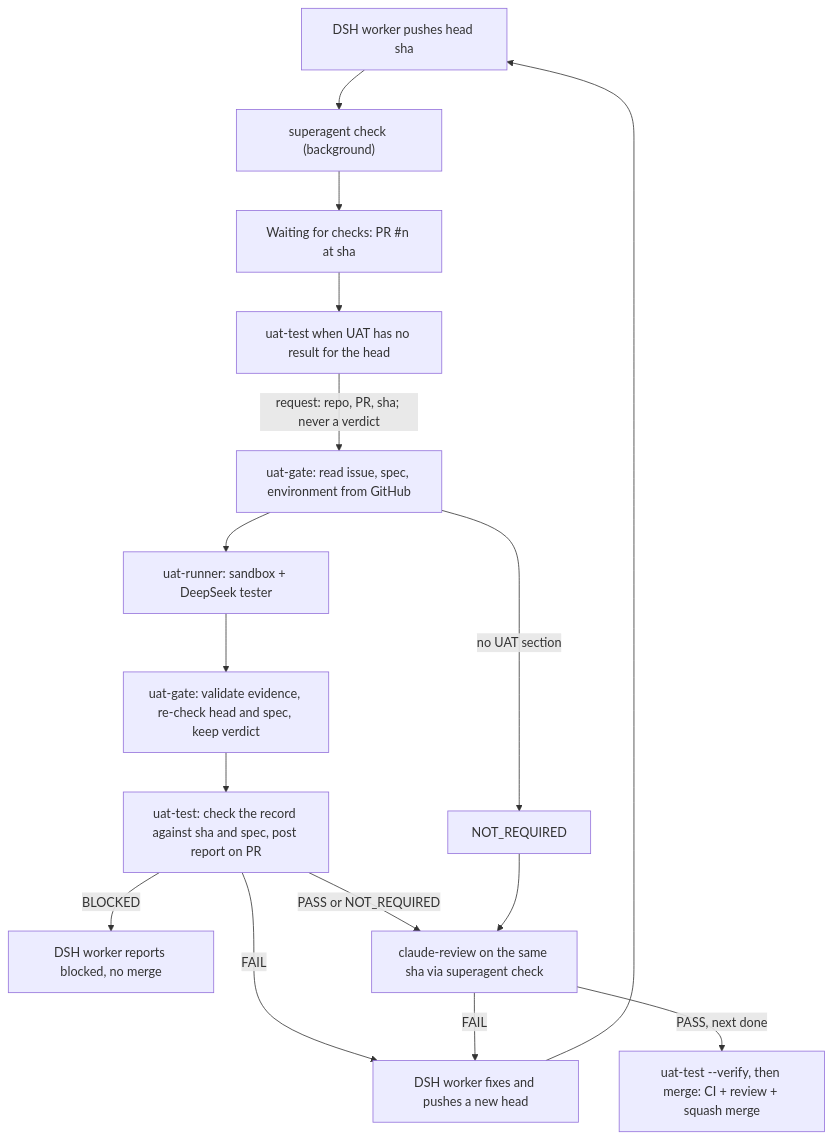
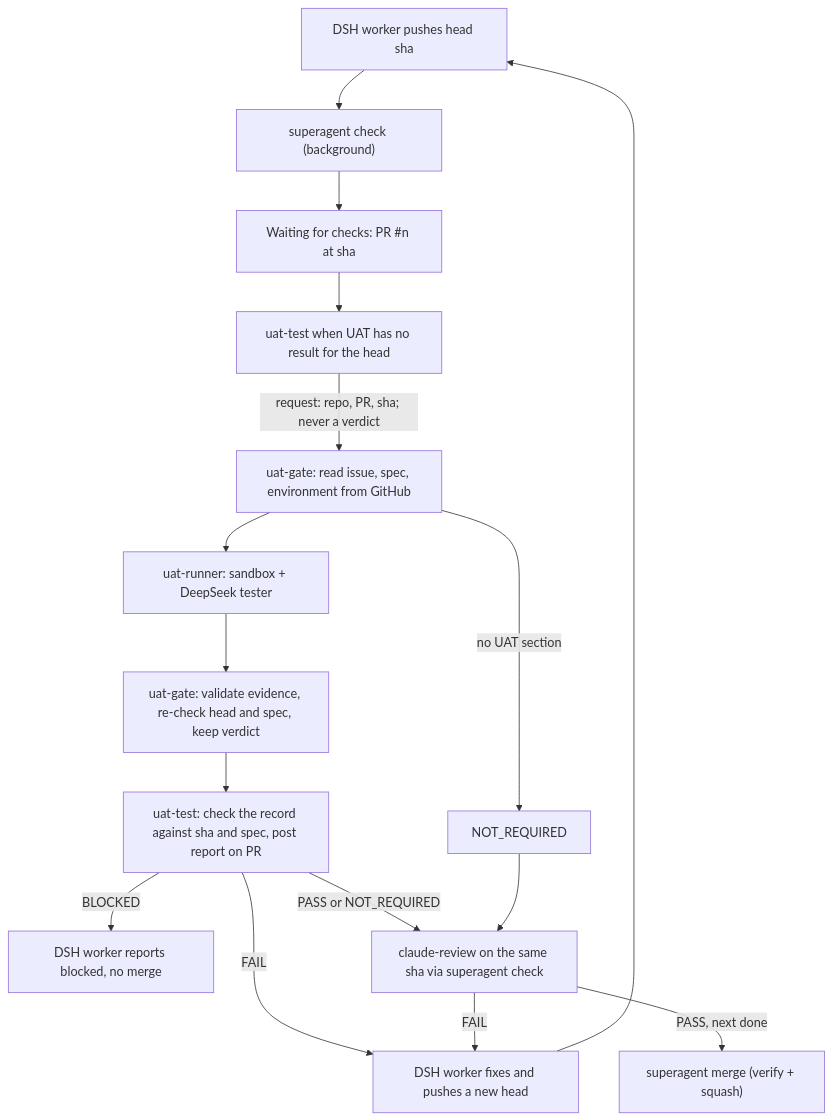
The second of 2 diagrams in README.md (ForkbombEu/superagent), drawn with Mermaid before and after one commit. The commit also changed other lines of this file and 5 other files, not shown here.

First line of the commit message:
feat(checks): squash-merge via superagent merge and shrink Delivery

````diff
--- a/README.md
+++ b/README.md
@@ -290,18 +294,18 @@
 ```mermaid
 flowchart TD
   P[DSH worker pushes head sha] --> S["superagent check (background)"]
   S --> W["Waiting for checks: PR #n at sha"]
   W --> U[uat-test when UAT has no result for the head]
   U -->|request: repo, PR, sha; never a verdict| G[uat-gate: read issue, spec, environment from GitHub]
   G -->|no UAT section| N[NOT_REQUIRED]
   G --> R[uat-runner: sandbox + DeepSeek tester]
   R --> V[uat-gate: validate evidence, re-check head and spec, keep verdict]
   V --> K[uat-test: check the record against sha and spec, post report on PR]
   K -->|FAIL| X[DSH worker fixes and pushes a new head]
   X --> P
   K -->|BLOCKED| B[DSH worker reports blocked, no merge]
   K -->|PASS or NOT_REQUIRED| C[claude-review on the same sha via superagent check]
   N --> C
   C -->|FAIL| X
-  C -->|PASS, next done| M[uat-test --verify, then merge: CI + review + squash merge]
+  C -->|PASS, next done| M["superagent merge (verify + squash)"]
 ```
````
